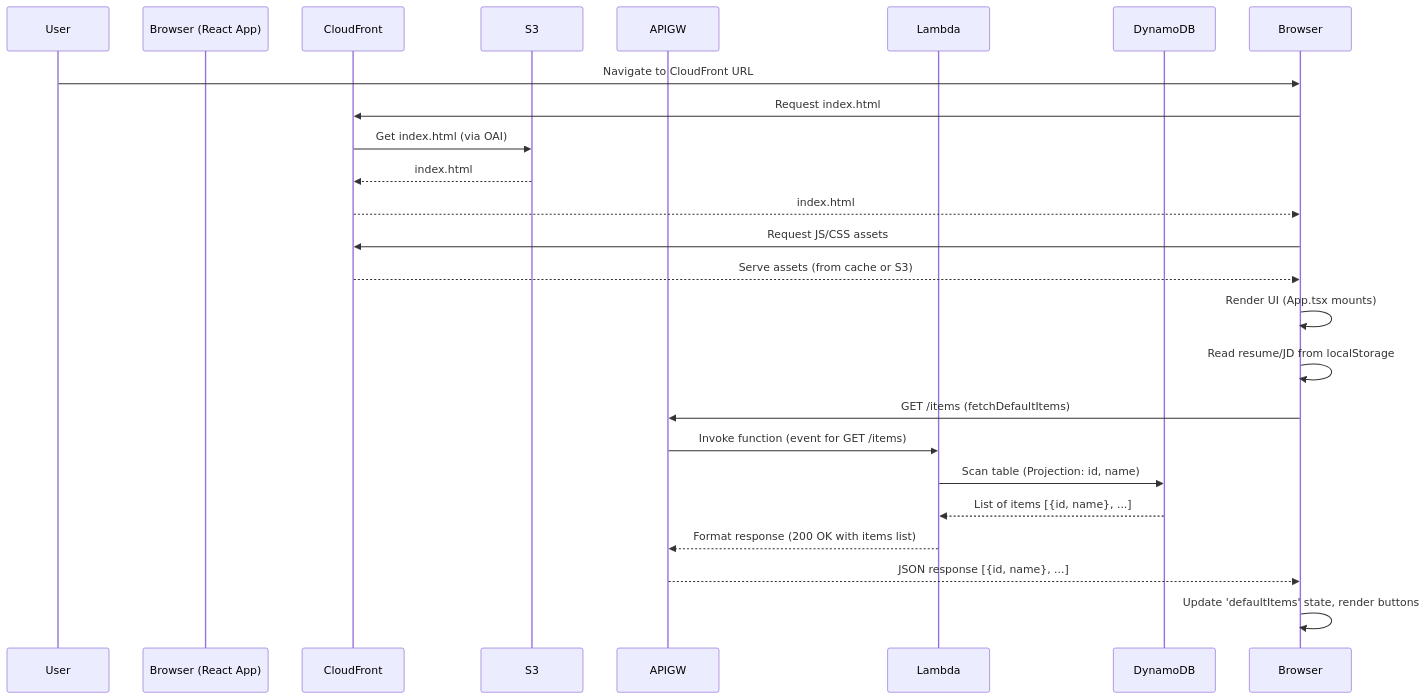
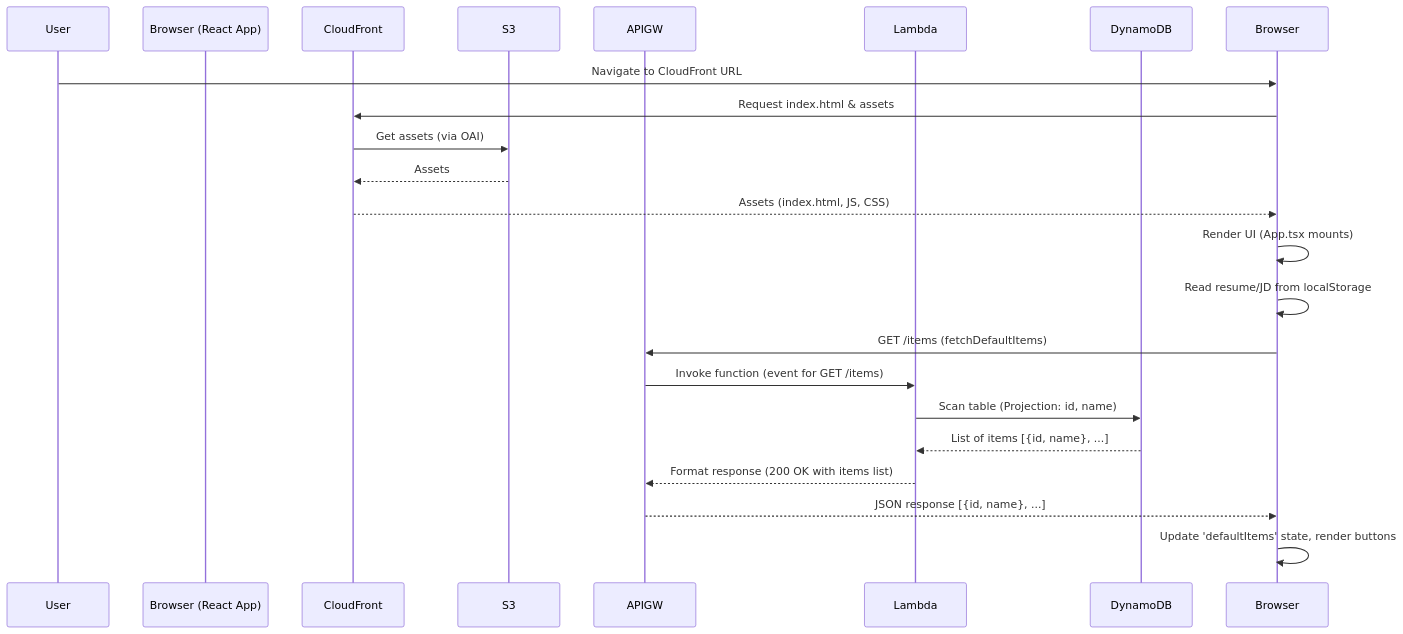
Before and after one commit to gaviral/ResumeCoach: the third of 5 diagrams in README.md, drawn with Mermaid. The commit also changed other lines of this file, not shown here.

````diff
--- a/README.md
+++ b/README.md
@@ -232,27 +391,25 @@
 ```mermaid
 sequenceDiagram
     participant User
     participant Browser (React App)
     participant CloudFront
     participant S3
     participant APIGW
     participant Lambda
     participant DynamoDB
 
     User->>Browser: Navigate to CloudFront URL
-    Browser->>CloudFront: Request index.html
-    CloudFront->>S3: Get index.html (via OAI)
-    S3-->>CloudFront: index.html
-    CloudFront-->>Browser: index.html
-    Browser->>CloudFront: Request JS/CSS assets
-    CloudFront-->>Browser: Serve assets (from cache or S3)
+    Browser->>CloudFront: Request index.html & assets
+    CloudFront->>S3: Get assets (via OAI)
+    S3-->>CloudFront: Assets
+    CloudFront-->>Browser: Assets (index.html, JS, CSS)
     Browser->>Browser: Render UI (App.tsx mounts)
     Browser->>Browser: Read resume/JD from localStorage
     Browser->>APIGW: GET /items (fetchDefaultItems)
     APIGW->>Lambda: Invoke function (event for GET /items)
     Lambda->>DynamoDB: Scan table (Projection: id, name)
     DynamoDB-->>Lambda: List of items [{id, name}, ...]
     Lambda-->>APIGW: Format response (200 OK with items list)
     APIGW-->>Browser: JSON response [{id, name}, ...]
     Browser->>Browser: Update 'defaultItems' state, render buttons
 ```
````
